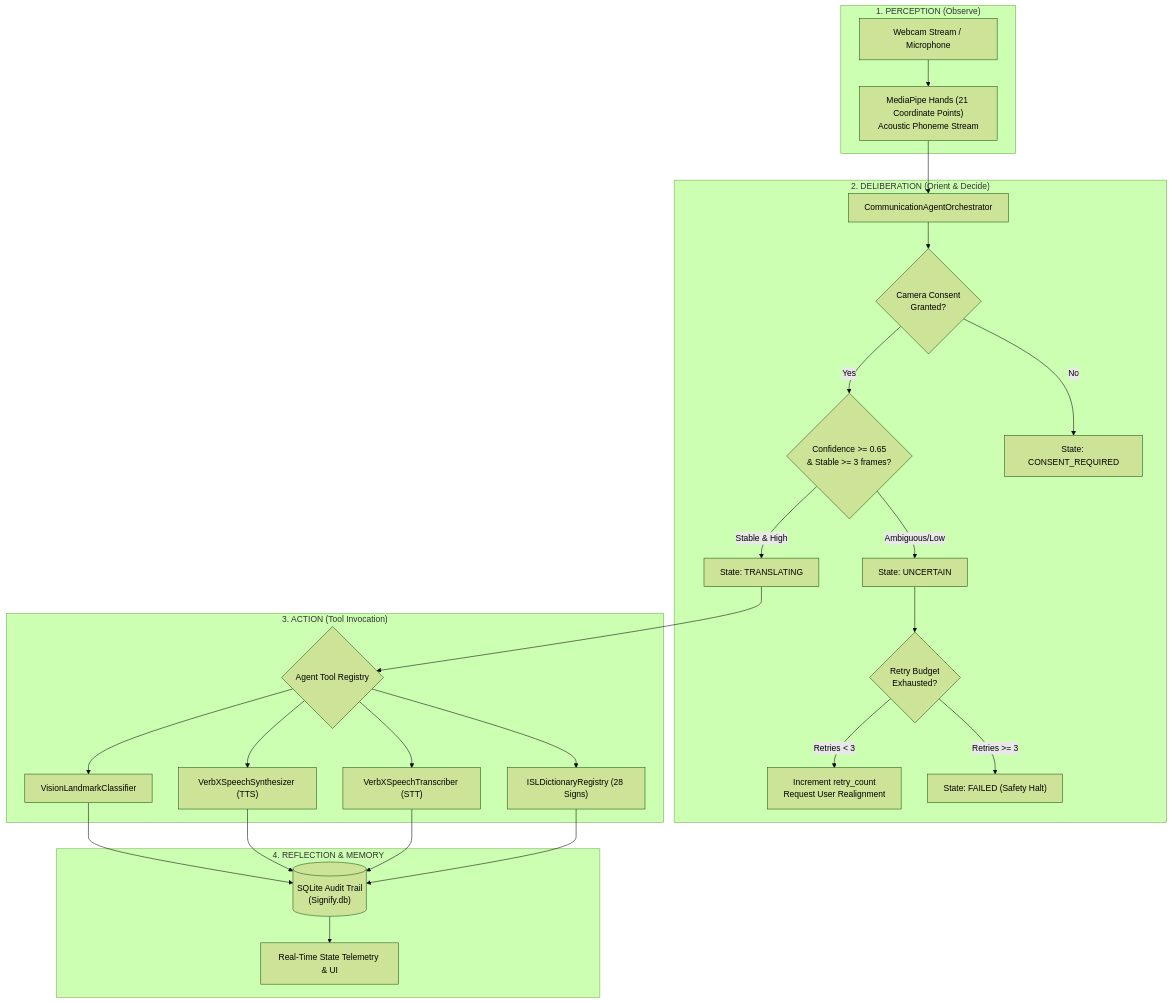
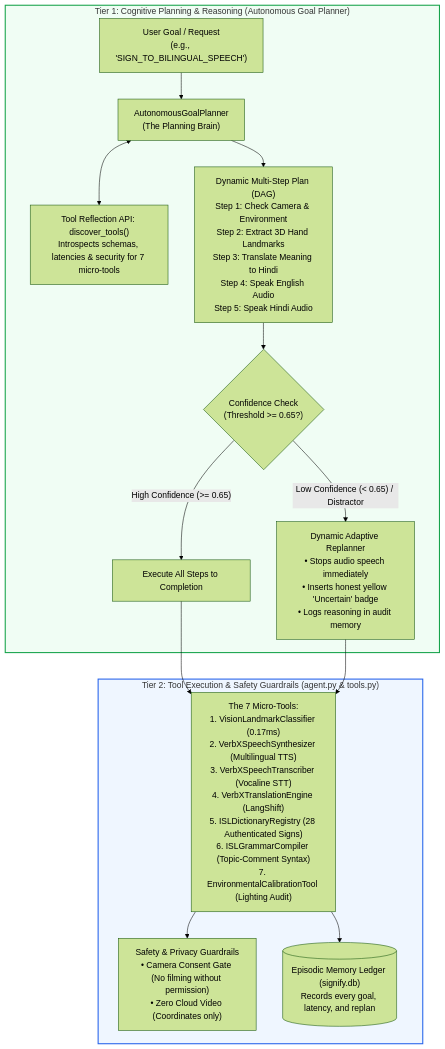
Before and after one commit to tanishqkolhatkar93/Signify: the diagram in docs/AGENTIC_AI_ARCHITECTURE.md, drawn with Mermaid (forest theme). The commit also changed other lines of this file and 19 other files, not shown here.

Commit message:
feat: upgrade to 2-tier autonomous agent architecture with dynamic goal planning, tool reflection, and 100/100 submission evidence

````diff
--- a/docs/AGENTIC_AI_ARCHITECTURE.md
+++ b/docs/AGENTIC_AI_ARCHITECTURE.md
@@ -47,50 +24,27 @@
 ```mermaid
 flowchart TD
-    subgraph 1_Perception ["1. PERCEPTION (Observe)"]
-        SensoryIn["Webcam Stream / Microphone"]
-        LocalExtract["MediaPipe Hands (21 Coordinate Points)<br/>Acoustic Phoneme Stream"]
-        SensoryIn --> LocalExtract
+    subgraph TIER1["Tier 1: Cognitive Planning & Reasoning (Autonomous Goal Planner)"]
+        UserGoal["User Goal / Request<br/>(e.g., 'SIGN_TO_BILINGUAL_SPEECH')"] --> Planner["AutonomousGoalPlanner<br/>(The Planning Brain)"]
+        
+        Planner <--> Reflect["Tool Reflection API: discover_tools()<br/>Introspects schemas, latencies & security for 7 micro-tools"]
+        
+        Planner --> DAG["Dynamic Multi-Step Plan (DAG)<br/>Step 1: Check Camera & Environment<br/>Step 2: Extract 3D Hand Landmarks<br/>Step 3: Translate Meaning to Hindi<br/>Step 4: Speak English Audio<br/>Step 5: Speak Hindi Audio"]
+        
+        DAG --> Monitor{"Confidence Check<br/>(Threshold >= 0.65?)"}
+        
+        Monitor -- "High Confidence (>= 0.65)" --> NormalExec["Execute All Steps to Completion"]
+        
+        Monitor -- "Low Confidence (< 0.65) / Distractor" --> Replan["Dynamic Adaptive Replanner<br/>• Stops audio speech immediately<br/>• Inserts honest yellow 'Uncertain' badge<br/>• Logs reasoning in audit memory"]
     end
 
-    subgraph 2_Deliberation ["2. DELIBERATION (Orient & Decide)"]
-        AgentEngine["CommunicationAgentOrchestrator"]
-        ConsentCheck{"Camera Consent<br/>Granted?"}
-        ConfidenceEval{"Confidence >= 0.65<br/>& Stable >= 3 frames?"}
-        RetryEval{"Retry Budget<br/>Exhausted?"}
+    subgraph TIER2["Tier 2: Tool Execution & Safety Guardrails (agent.py & tools.py)"]
+        NormalExec & Replan --> ToolRegistry["The 7 Micro-Tools:<br/>1. VisionLandmarkClassifier (0.17ms)<br/>2. VerbXSpeechSynthesizer (Multilingual TTS)<br/>3. VerbXSpeechTranscriber (Vocaline STT)<br/>4. VerbXTranslationEngine (LangShift)<br/>5. ISLDictionaryRegistry (28 Authenticated Signs)<br/>6. ISLGrammarCompiler (Topic-Comment Syntax)<br/>7. EnvironmentalCalibrationTool (Lighting Audit)"]
         
-        LocalExtract --> AgentEngine
-        AgentEngine --> ConsentCheck
-        ConsentCheck -- No --> BlockState["State: CONSENT_REQUIRED"]
-        ConsentCheck -- Yes --> ConfidenceEval
-        ConfidenceEval -- Stable & High --> StateTrans["State: TRANSLATING"]
-        ConfidenceEval -- Ambiguous/Low --> StateUncertain["State: UNCERTAIN"]
-        StateUncertain --> RetryEval
-        RetryEval -- Retries < 3 --> LoopRetry["Increment retry_count<br/>Request User Realignment"]
-        RetryEval -- Retries >= 3 --> StateFail["State: FAILED (Safety Halt)"]
+        ToolRegistry --> Safety["Safety & Privacy Guardrails<br/>• Camera Consent Gate (No filming without permission)<br/>• Zero Cloud Video (Coordinates only)"]
+        
+        ToolRegistry --> DB[("Episodic Memory Ledger (signify.db)<br/>Records every goal, latency, and replan")]
     end
 
-    subgraph 3_Action ["3. ACTION (Tool Invocation)"]
-        ToolRouter{"Agent Tool Registry"}
-        Tool1["VisionLandmarkClassifier"]
-        Tool2["VerbXSpeechSynthesizer (TTS)"]
-        Tool3["VerbXSpeechTranscriber (STT)"]
-        Tool4["ISLDictionaryRegistry (28 Signs)"]
-        
-        StateTrans --> ToolRouter
-        ToolRouter --> Tool1
-        ToolRouter --> Tool2
-        ToolRouter --> Tool3
-        ToolRouter --> Tool4
-    end
-
-    subgraph 4_Reflection ["4. REFLECTION & MEMORY"]
-        AuditLedger[("SQLite Audit Trail<br/>(Signify.db)")]
-        UIFeedback["Real-Time State Telemetry & UI"]
-        
-        Tool1 --> AuditLedger
-        Tool2 --> AuditLedger
-        Tool3 --> AuditLedger
-        Tool4 --> AuditLedger
-        AuditLedger --> UIFeedback
-    end
+    style TIER1 fill:#f0fdf4,stroke:#16a34a,stroke-width:2px
+    style TIER2 fill:#eff6ff,stroke:#2563eb,stroke-width:2px
 ```
````
